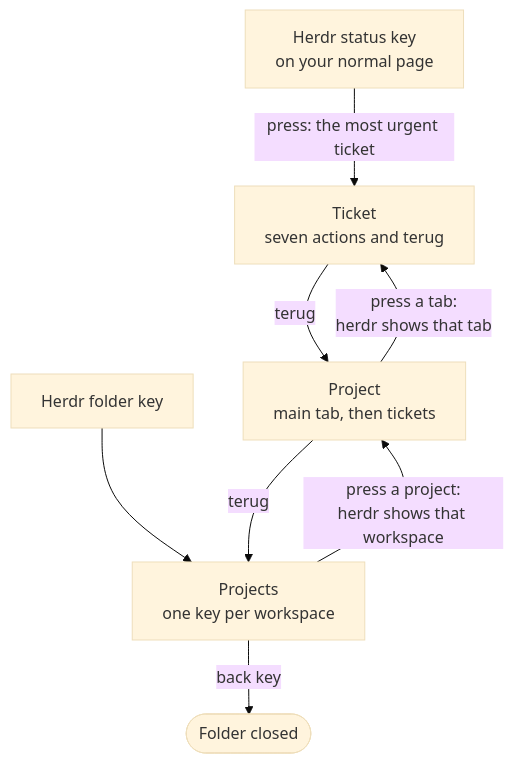
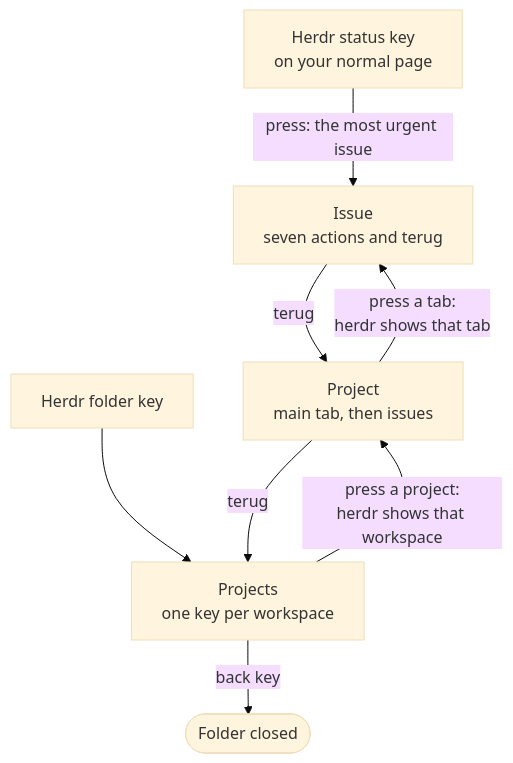
Before and after one commit to PieterLuypaert/helm: the first of 7 diagrams in docs/flows.md, drawn with Mermaid (base theme). The commit also changed other lines of this file and 14 other files, not shown here.

First line of the commit message:
refactor: call tickets issues, as GitHub does

````diff
--- a/docs/flows.md
+++ b/docs/flows.md
@@ -29,10 +29,10 @@
 ```mermaid
 flowchart TD
-    status["Herdr status key<br/>on your normal page"] -->|"press: the most urgent ticket"| ticket
+    status["Herdr status key<br/>on your normal page"] -->|"press: the most urgent issue"| issue
     key["Herdr folder key"] --> projects["Projects<br/>one key per workspace"]
-    projects -->|"press a project:<br/>herdr shows that workspace"| project["Project<br/>main tab, then tickets"]
-    project -->|"press a tab:<br/>herdr shows that tab"| ticket["Ticket<br/>seven actions and terug"]
-    ticket -->|terug| project
+    projects -->|"press a project:<br/>herdr shows that workspace"| project["Project<br/>main tab, then issues"]
+    project -->|"press a tab:<br/>herdr shows that tab"| issue["Issue<br/>seven actions and terug"]
+    issue -->|terug| project
     project -->|terug| projects
     projects -->|back key| closed(["Folder closed"])
 ```
````
